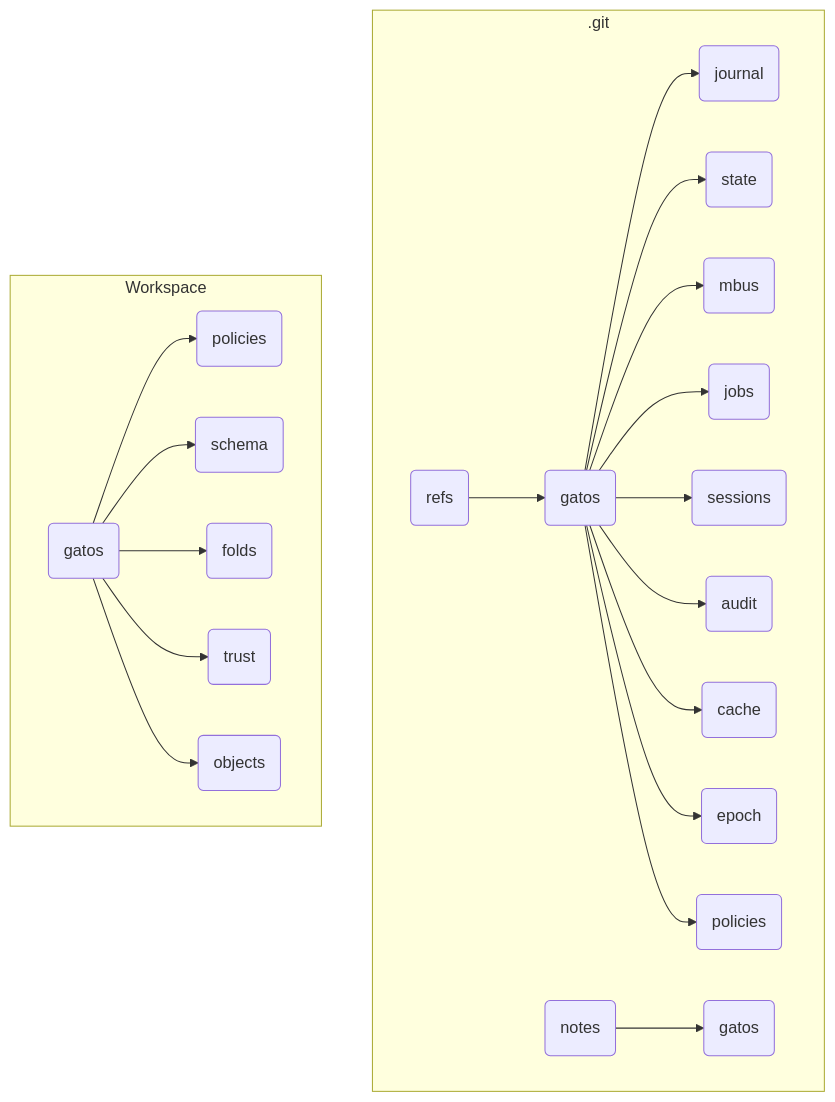
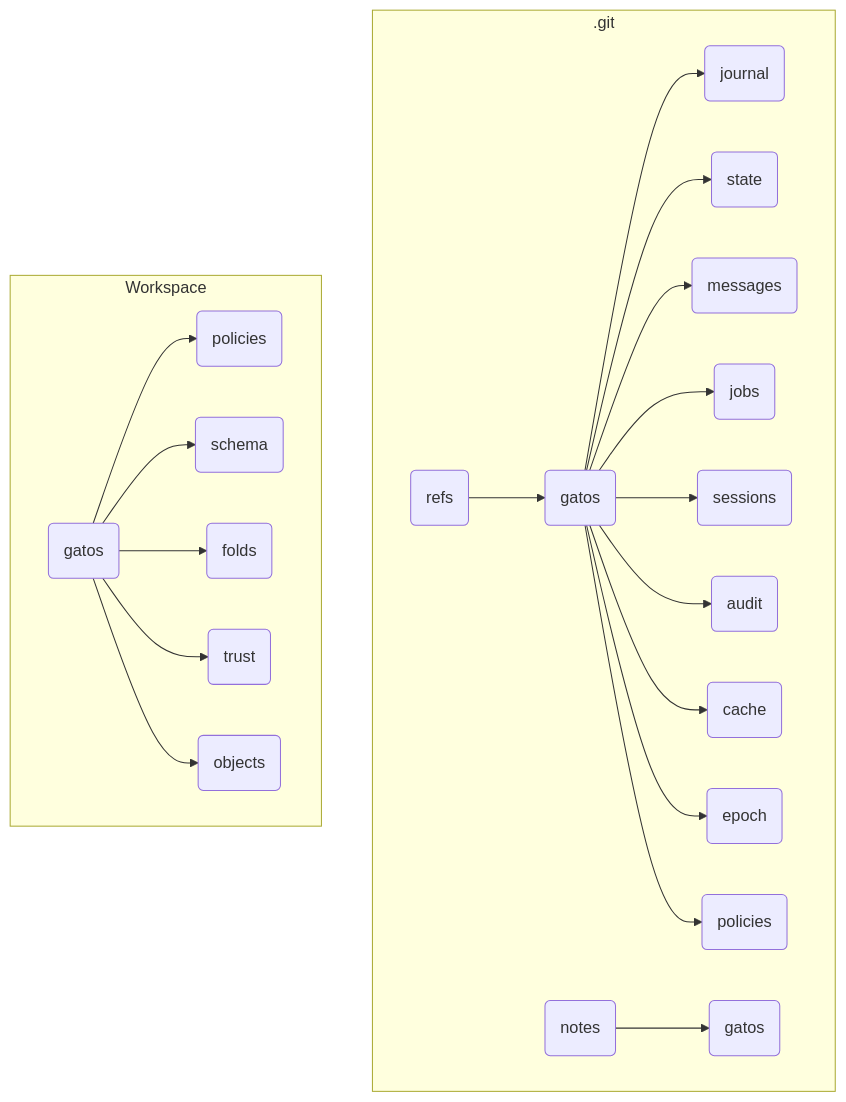
Before and after one commit to flyingrobots/gatos: the third of 21 diagrams in docs/SPEC.md, drawn with Mermaid. The commit also changed other lines of this file and 48 other files, not shown here.

````diff
--- a/docs/SPEC.md
+++ b/docs/SPEC.md
@@ -220,25 +220,25 @@
 ```mermaid
 graph TD
     subgraph .git
         direction LR
         A(refs) --> A1(gatos)
         A1 --> B1(journal)
         A1 --> B2(state)
-        A1 --> B3(mbus)
+        A1 --> B3(messages)
         A1 --> B4(jobs)
         A1 --> B5(sessions)
         A1 --> B6(audit)
         A1 --> B7(cache)
         A1 --> B8(epoch)
         A1 --> B9(policies)
         C(notes) --> C1(gatos)
     end
     subgraph Workspace
         direction LR
         D(gatos) --> D1(policies)
         D --> D2(schema)
         D --> D3(folds)
         D --> D4(trust)
         D --> D5(objects)
     end
 ```
````
